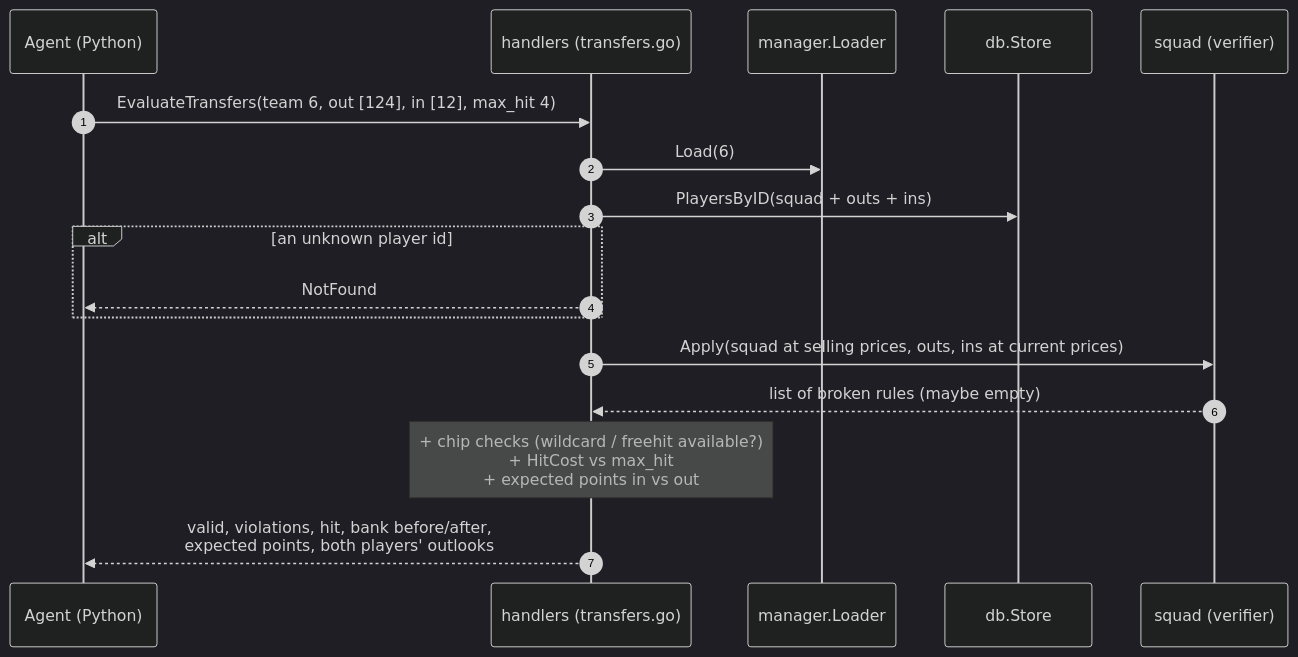
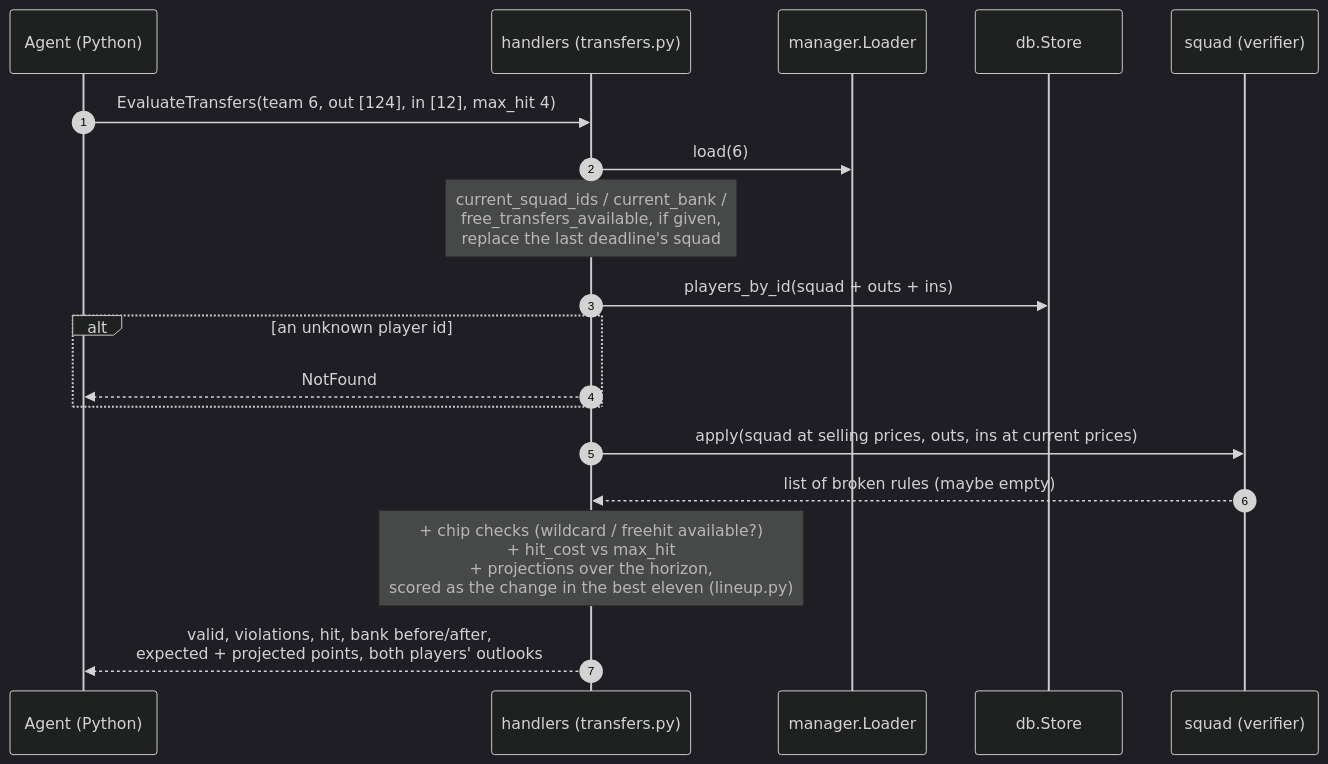
Before and after one commit to KaartikeyNatrajan/SquadScout: the seventh of 13 diagrams in docs/architecture.md, drawn with Mermaid (dark theme). The commit also changed other lines of this file and 188 other files, not shown here.

````diff
--- a/docs/architecture.md
+++ b/docs/architecture.md
@@ -304,20 +348,21 @@
 ```mermaid
 sequenceDiagram
     autonumber
     participant A as Agent (Python)
-    participant H as handlers (transfers.go)
+    participant H as handlers (transfers.py)
     participant L as manager.Loader
     participant DB as db.Store
     participant V as squad (verifier)
 
     A->>H: EvaluateTransfers(team 6, out [124], in [12], max_hit 4)
-    H->>L: Load(6)
-    H->>DB: PlayersByID(squad + outs + ins)
+    H->>L: load(6)
+    Note over H: current_squad_ids / current_bank /<br/>free_transfers_available, if given,<br/>replace the last deadline's squad
+    H->>DB: players_by_id(squad + outs + ins)
     alt an unknown player id
         H-->>A: NotFound
     end
-    H->>V: Apply(squad at selling prices, outs, ins at current prices)
+    H->>V: apply(squad at selling prices, outs, ins at current prices)
     V-->>H: list of broken rules (maybe empty)
-    Note over H: + chip checks (wildcard / freehit available?)<br/>+ HitCost vs max_hit<br/>+ expected points in vs out
-    H-->>A: valid, violations, hit, bank before/after,<br/>expected points, both players' outlooks
+    Note over H: + chip checks (wildcard / freehit available?)<br/>+ hit_cost vs max_hit<br/>+ projections over the horizon,<br/>scored as the change in the best eleven (lineup.py)
+    H-->>A: valid, violations, hit, bank before/after,<br/>expected + projected points, both players' outlooks
 ```
````
